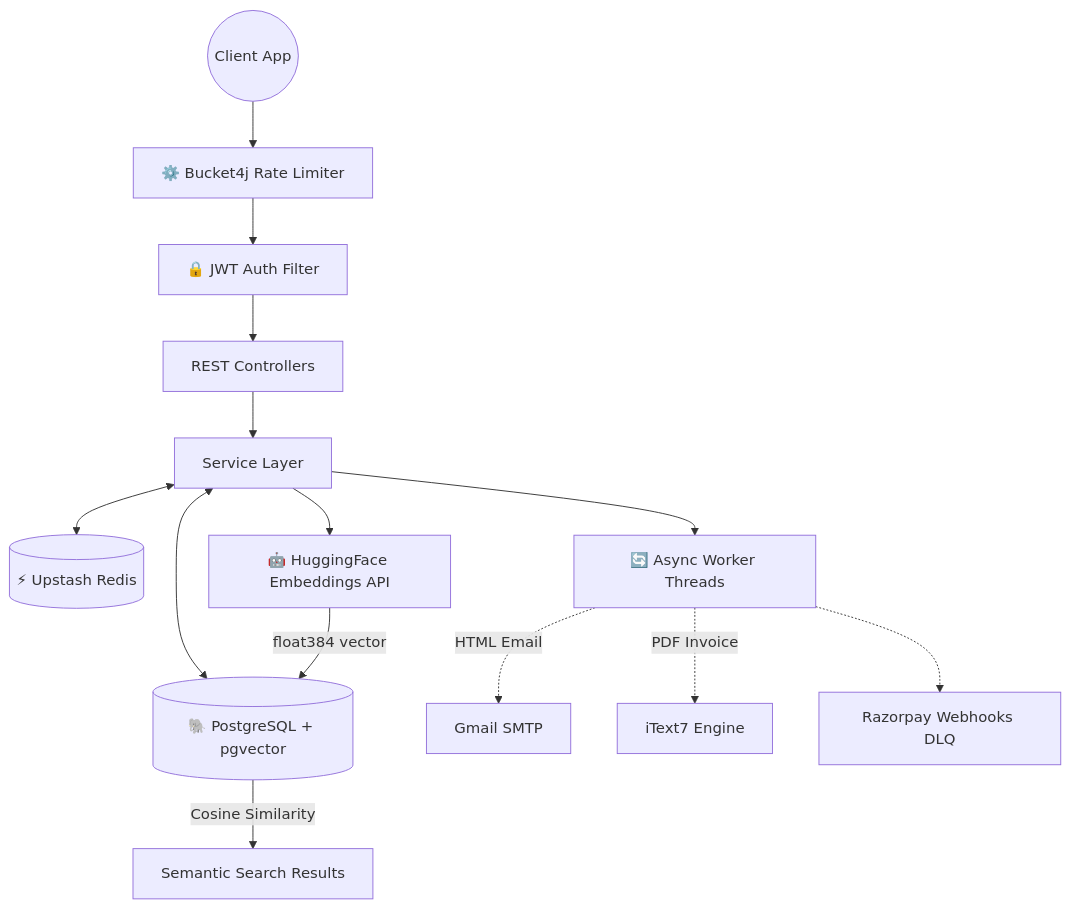
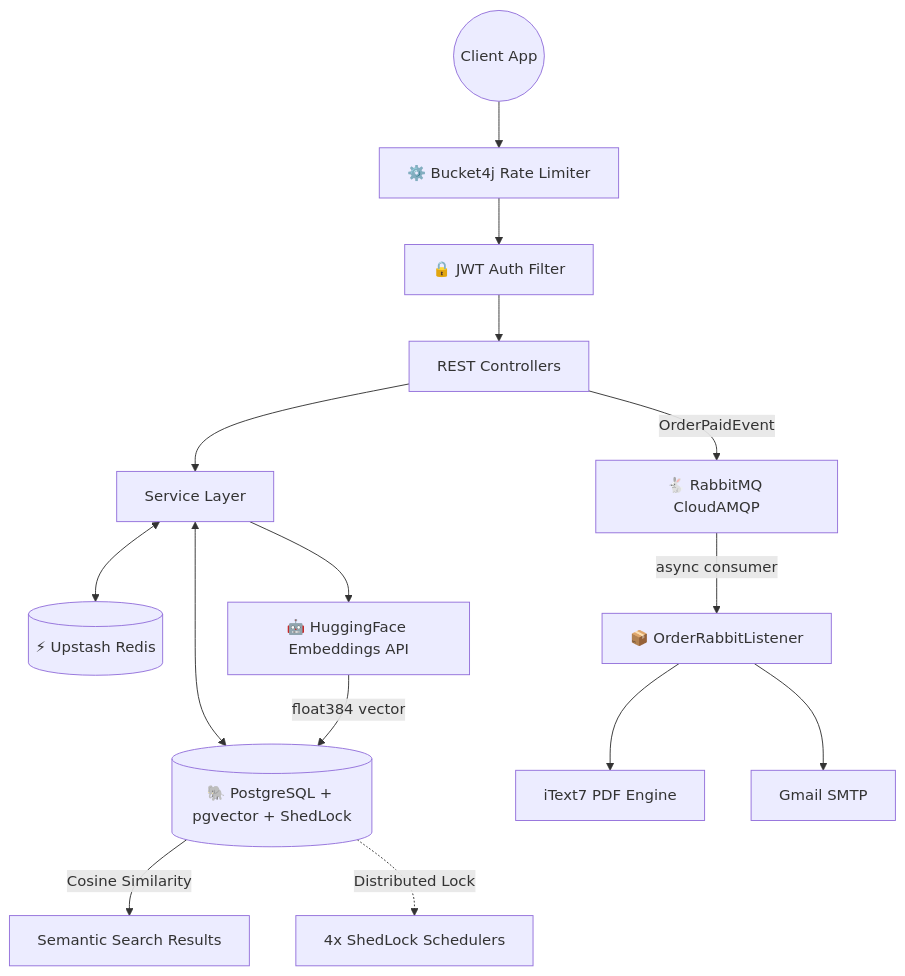
The diagram in README.md (manish5200/CognitoCart), drawn with Mermaid before and after one commit. The commit also changed other lines of this file and 8 other files, not shown here.

Commit message:
feat(messaging): add RabbitMQ DLQ for zero message loss on order events

````diff
--- a/README.md
+++ b/README.md
@@ -134,20 +135,21 @@
 ```mermaid
 graph TD
     Client((Client App)) --> RL[⚙️ Bucket4j Rate Limiter]
     RL --> JWT[🔒 JWT Auth Filter]
     JWT --> API[REST Controllers]
 
     API --> SVC[Service Layer]
+    API -->|OrderPaidEvent| MQ[🐇 RabbitMQ CloudAMQP]
 
     SVC <--> Cache[(⚡ Upstash Redis)]
-    SVC <--> DB[(🐘 PostgreSQL + pgvector)]
+    SVC <--> DB[(🐘 PostgreSQL + pgvector + ShedLock)]
     SVC --> AI[🤖 HuggingFace Embeddings API]
-    SVC --> ASYNC[🔄 Async Worker Threads]
+
+    MQ -->|async consumer| Worker[📦 OrderRabbitListener]
+    Worker --> PDF[iText7 PDF Engine]
+    Worker --> Email[Gmail SMTP]
 
     AI -->|float384 vector| DB
     DB -->|Cosine Similarity| SEARCH[Semantic Search Results]
-
-    ASYNC -.->|HTML Email| Email[Gmail SMTP]
-    ASYNC -.->|PDF Invoice| PDF[iText7 Engine]
-    ASYNC -.-> Webhook[Razorpay Webhooks DLQ]
+    DB -.->|Distributed Lock| SCHED[4x ShedLock Schedulers]
 ```
````
